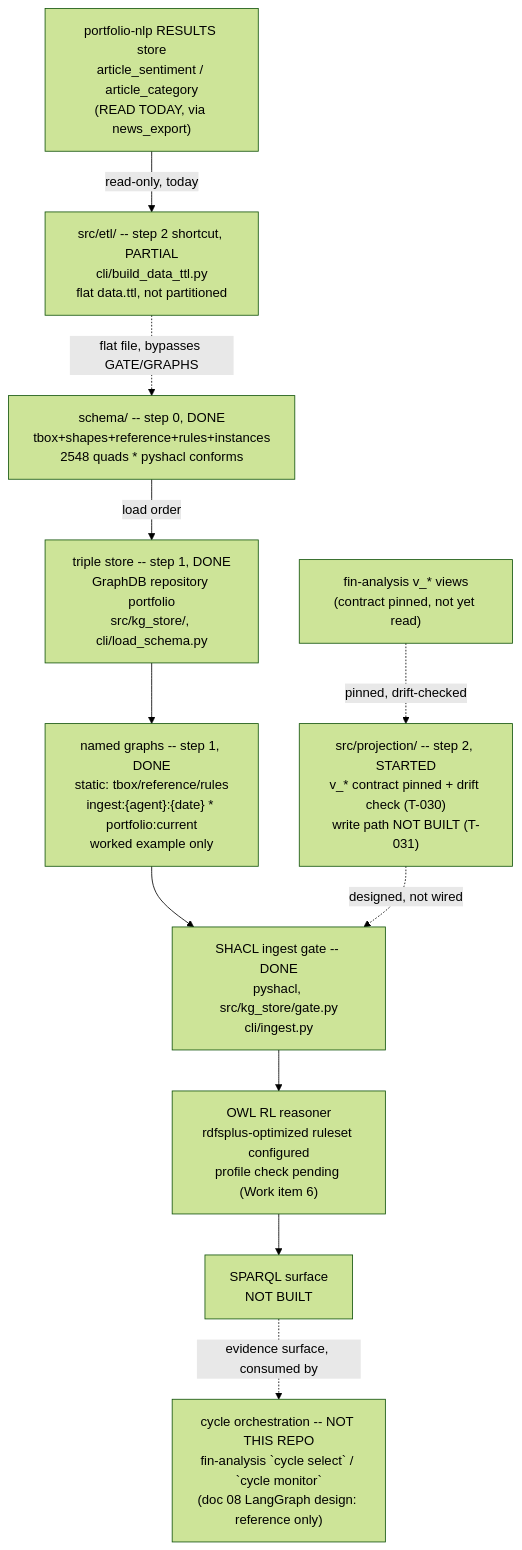
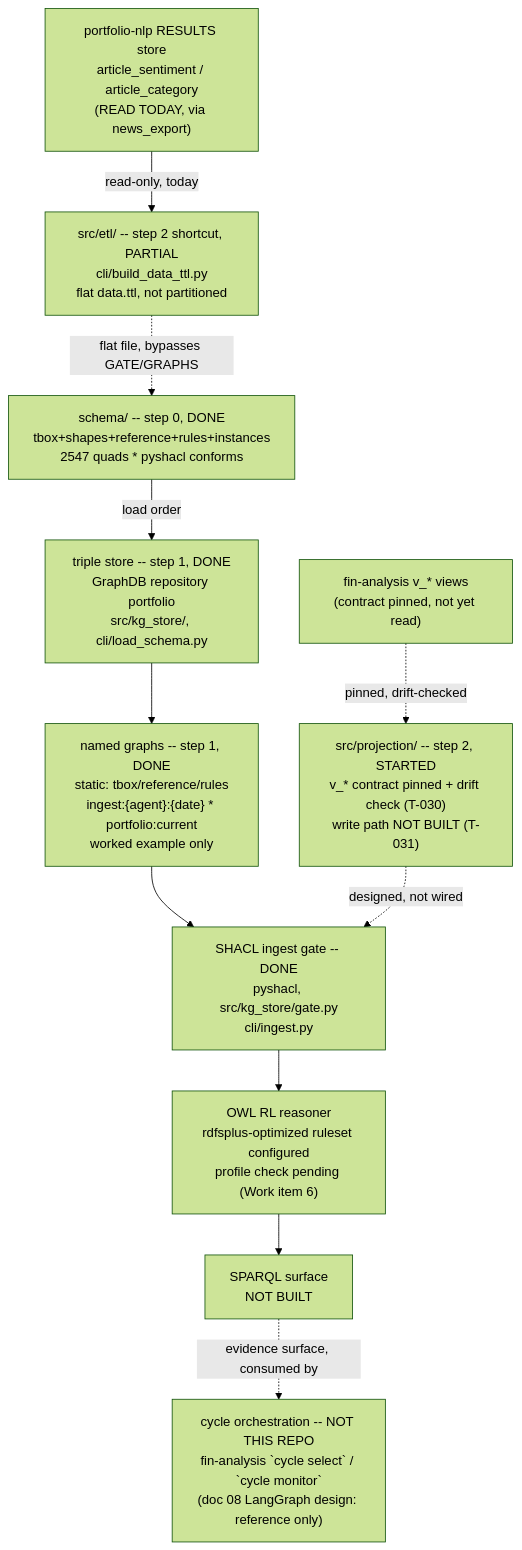
Before and after one commit to gamug/portfolio-knowledge-graph: the diagram in .specify/memory/SPEC.md, drawn with Mermaid (forest theme). The commit also changed other lines of this file and 5 other files, not shown here.

First line of the commit message:
test(schema): close PR #65 round-2 review (cycleDate, runId cases; no domain)

````diff
--- a/.specify/memory/SPEC.md
+++ b/.specify/memory/SPEC.md
@@ -484,22 +484,22 @@
 ```mermaid
 flowchart TB
-    SCHEMA["schema/ -- step 0, DONE<br/>tbox+shapes+reference+rules+instances<br/>2548 quads * pyshacl conforms"]
+    SCHEMA["schema/ -- step 0, DONE<br/>tbox+shapes+reference+rules+instances<br/>2547 quads * pyshacl conforms"]
     STORE["triple store -- step 1, DONE<br/>GraphDB repository portfolio<br/>src/kg_store/, cli/load_schema.py"]
     GRAPHS["named graphs -- step 1, DONE<br/>static: tbox/reference/rules<br/>ingest:{agent}:{date} * portfolio:current<br/>worked example only"]
     GATE["SHACL ingest gate -- DONE<br/>pyshacl, src/kg_store/gate.py<br/>cli/ingest.py"]
     PROJ["src/projection/ -- step 2, STARTED<br/>v_* contract pinned + drift check (T-030)<br/>write path NOT BUILT (T-031)"]
     FIN["fin-analysis v_* views<br/>(contract pinned, not yet read)"]
     NLPRES["portfolio-nlp RESULTS store<br/>article_sentiment / article_category<br/>(READ TODAY, via news_export)"]
     ETL["src/etl/ -- step 2 shortcut, PARTIAL<br/>cli/build_data_ttl.py<br/>flat data.ttl, not partitioned"]
     REASON["OWL RL reasoner<br/>rdfsplus-optimized ruleset configured<br/>profile check pending (Work item 6)"]
     SPARQL["SPARQL surface<br/>NOT BUILT"]
     AGENTS["cycle orchestration -- NOT THIS REPO<br/>fin-analysis `cycle select` / `cycle monitor`<br/>(doc 08 LangGraph design: reference only)"]
 
     SCHEMA -->|load order| STORE --> GRAPHS --> GATE
     FIN -.->|pinned, drift-checked| PROJ
     PROJ -.->|designed, not wired| GATE
     NLPRES -->|read-only, today| ETL
     ETL -.->|flat file, bypasses GATE/GRAPHS| SCHEMA
     GATE --> REASON --> SPARQL
     SPARQL -.->|evidence surface, consumed by| AGENTS
 ```
````
